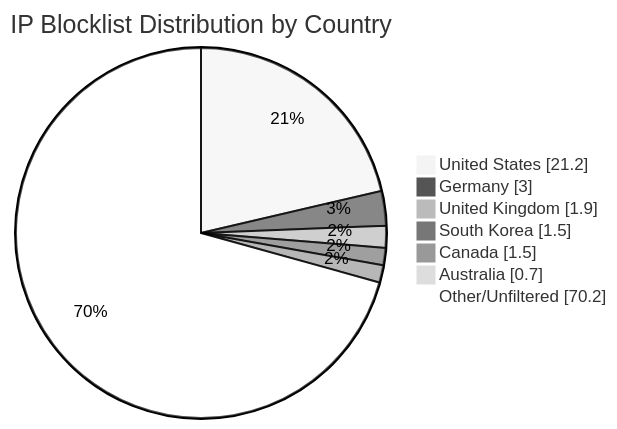
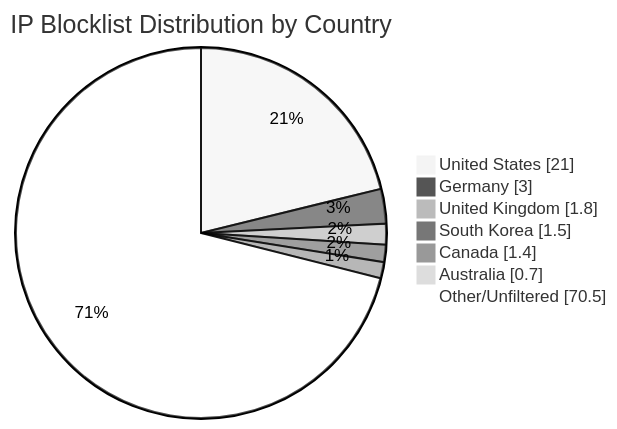
One commit to MarcusHoltz/ipblocklist-geofiltered-aggregator changed the diagram in README.md. Above: the diagram before and after it, drawn with Mermaid (neutral theme). The commit also changed other lines of this file and 9 other files, not shown here.

````diff
--- a/README.md
+++ b/README.md
@@ -34,10 +34,10 @@
 ```mermaid
 pie showData title IP Blocklist Distribution by Country
-"United States" : 21.2
+"United States" : 21.0
 "Germany" : 3.0
-"United Kingdom" : 1.9
+"United Kingdom" : 1.8
 "South Korea" : 1.5
-"Canada" : 1.5
+"Canada" : 1.4
 "Australia" : 0.7
-"Other/Unfiltered" : 70.2
+"Other/Unfiltered" : 70.5
 ```
````
